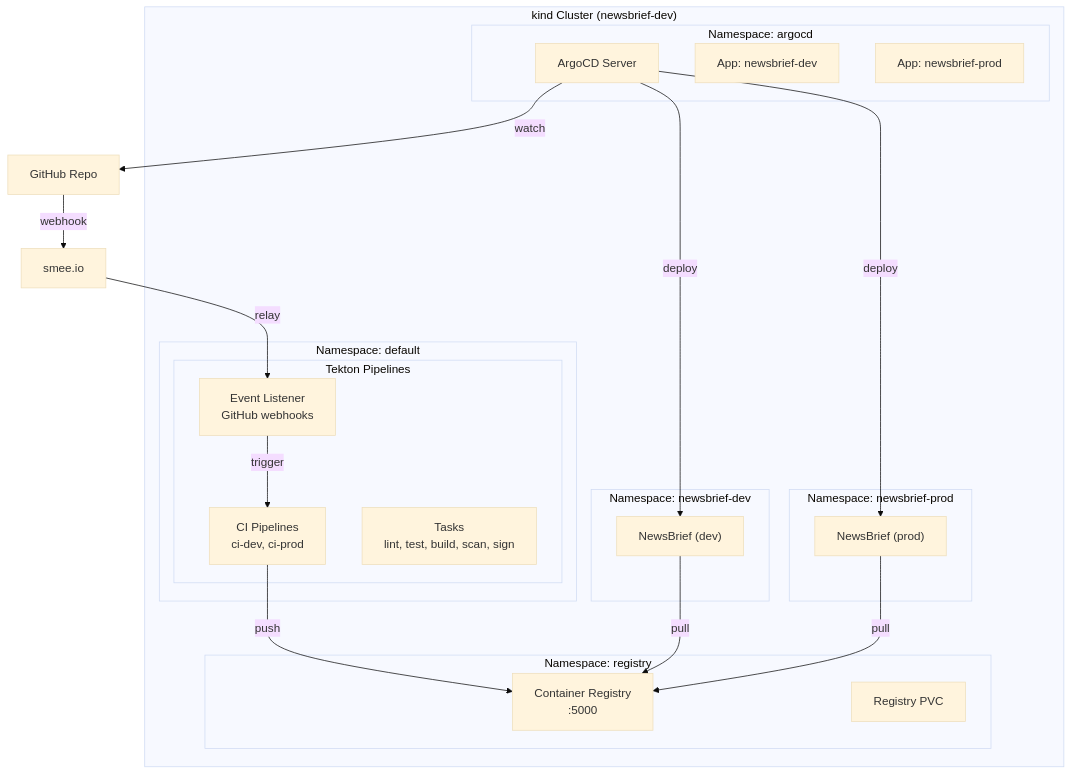
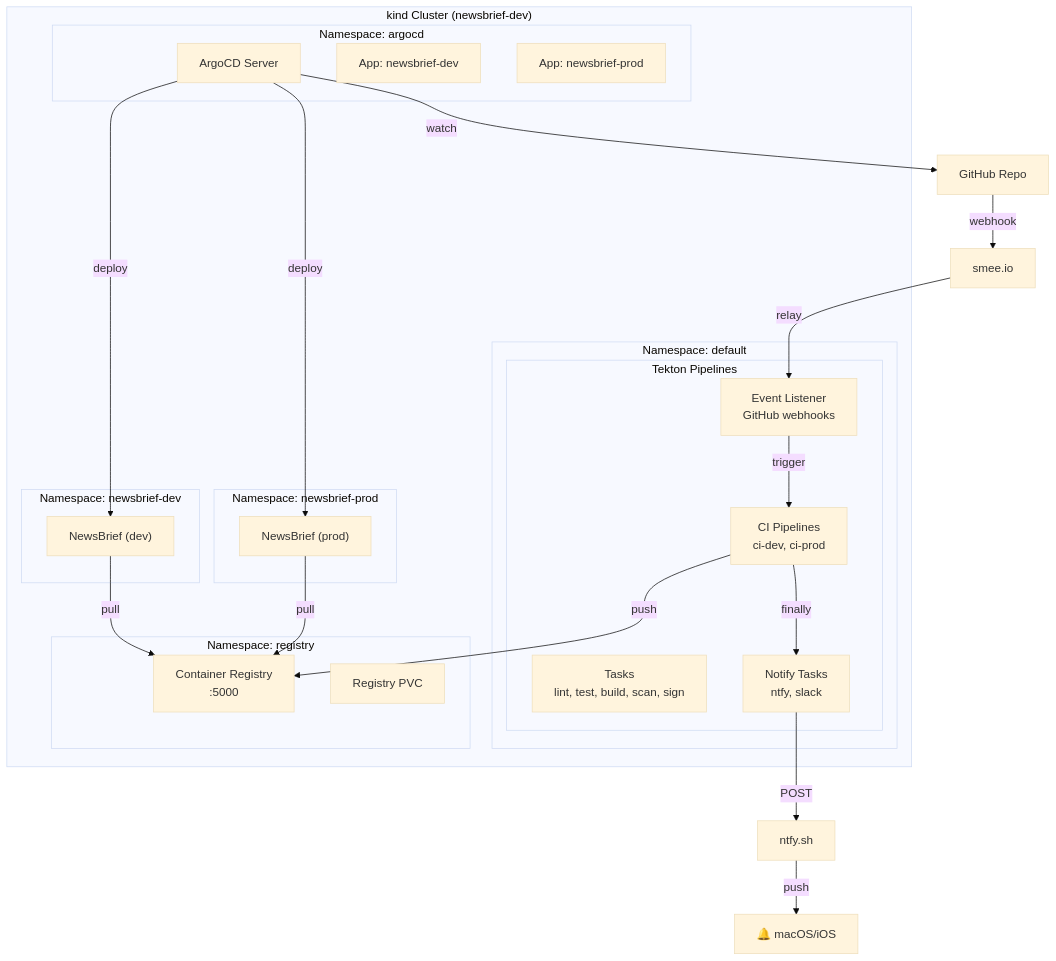
One commit to Deim0s13/newsbrief changed the eighth of 11 diagrams in docs/ARCHITECTURE.md. Above: the diagram before and after it, drawn with Mermaid (base theme). The commit also changed other lines of this file and 7 other files, not shown here.

First line of the commit message:
feat: add pipeline notifications via ntfy.sh and Slack

````diff
--- a/docs/ARCHITECTURE.md
+++ b/docs/ARCHITECTURE.md
@@ -666,44 +666,50 @@
 ```mermaid
 flowchart TB
     subgraph Kind["kind Cluster (newsbrief-dev)"]
         subgraph NS_Default["Namespace: default"]
             subgraph Tekton["Tekton Pipelines"]
                 Pipeline["CI Pipelines<br/>ci-dev, ci-prod"]
                 Tasks["Tasks<br/>lint, test, build, scan, sign"]
                 Triggers["Event Listener<br/>GitHub webhooks"]
+                Notify["Notify Tasks<br/>ntfy, slack"]
             end
         end
 
         subgraph NS_Registry["Namespace: registry"]
             Registry["Container Registry<br/>:5000"]
             RegPVC["Registry PVC"]
         end
 
         subgraph NS_ArgoCD["Namespace: argocd"]
             ArgoCD["ArgoCD Server"]
             AppDev["App: newsbrief-dev"]
             AppProd["App: newsbrief-prod"]
         end
 
         subgraph NS_Dev["Namespace: newsbrief-dev"]
             DevApp["NewsBrief (dev)"]
         end
 
         subgraph NS_Prod["Namespace: newsbrief-prod"]
             ProdApp["NewsBrief (prod)"]
         end
     end
 
     GitHub["GitHub Repo"]
     Smee["smee.io"]
+    ntfy["ntfy.sh"]
+    macOS["🔔 macOS/iOS"]
 
     GitHub -->|"webhook"| Smee
     Smee -->|"relay"| Triggers
     Triggers -->|"trigger"| Pipeline
     Pipeline -->|"push"| Registry
+    Pipeline -->|"finally"| Notify
+    Notify -->|"POST"| ntfy
+    ntfy -->|"push"| macOS
     ArgoCD -->|"watch"| GitHub
     ArgoCD -->|"deploy"| DevApp
     ArgoCD -->|"deploy"| ProdApp
     DevApp -->|"pull"| Registry
     ProdApp -->|"pull"| Registry
 ```
````
